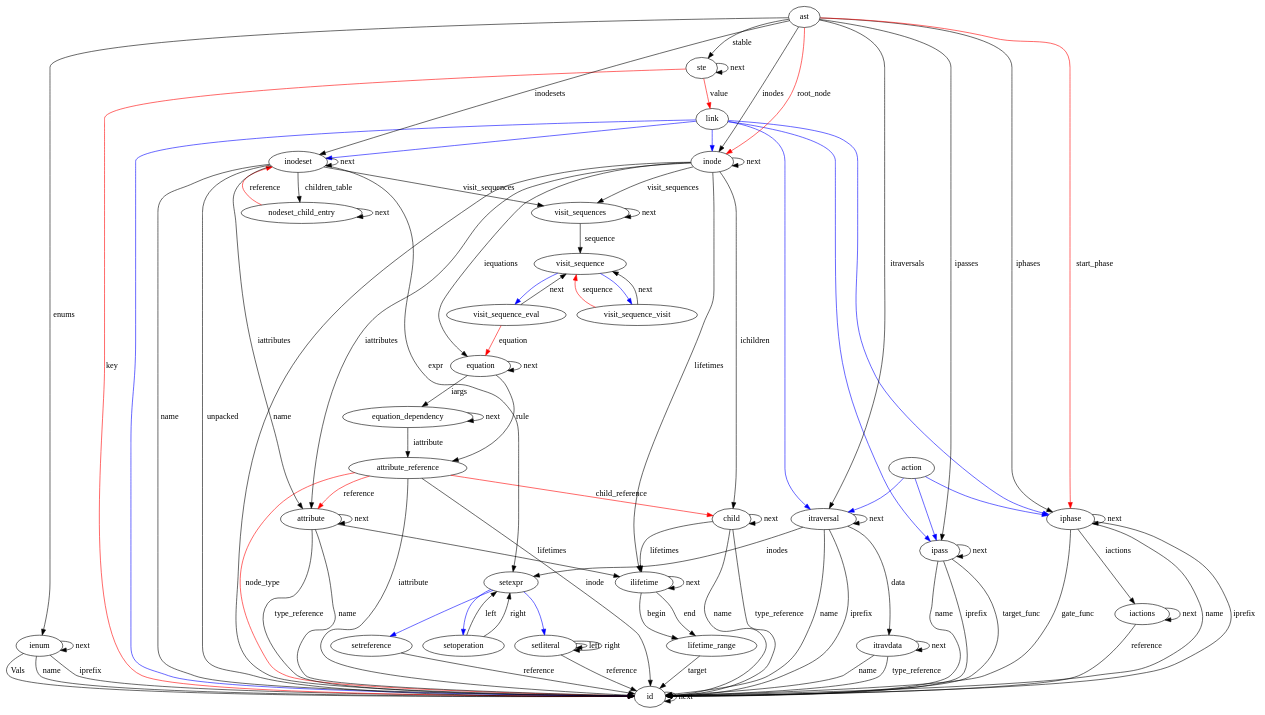
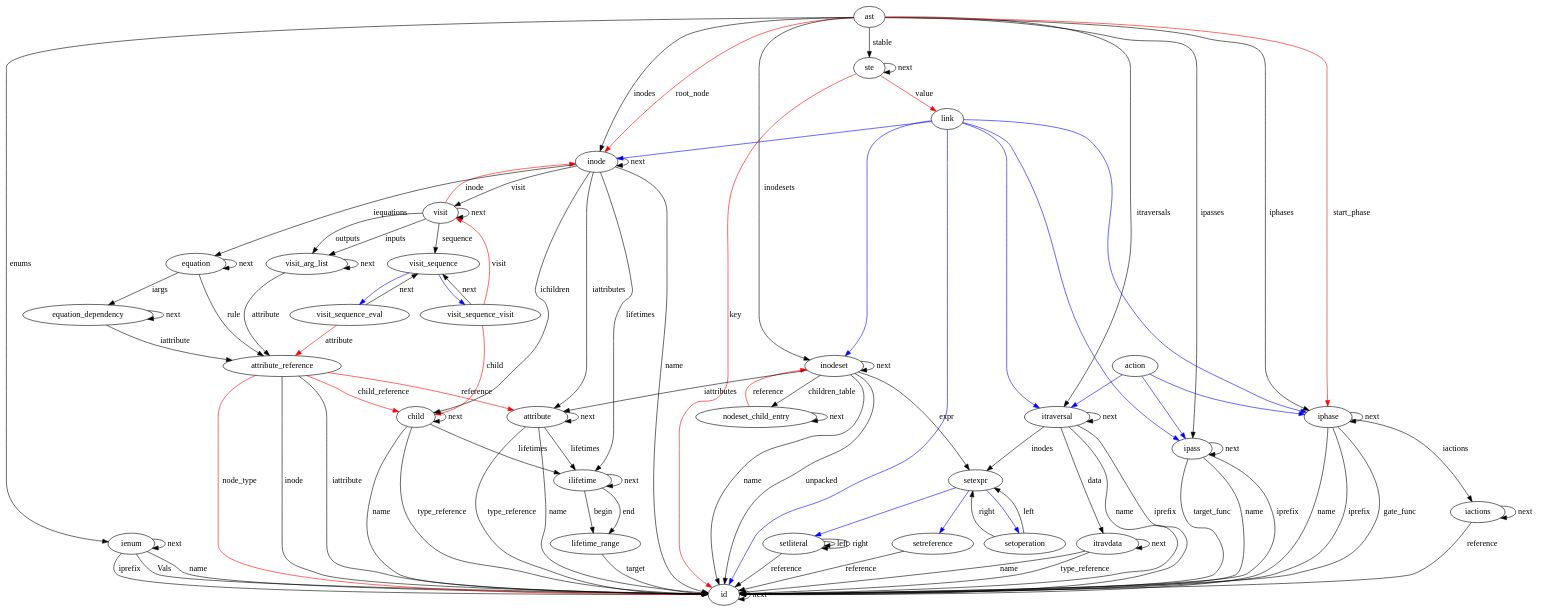
The diagram in cocogen/ccngen/ast.dot (CoCoNut-UvA/coconut), drawn with Graphviz before and after one commit. The commit also changed 29 other files, not shown here.

```diff
--- a/cocogen/ccngen/ast.dot
+++ b/cocogen/ccngen/ast.dot
@@ -1,131 +1,137 @@
 digraph Ast {
 id;
 id -> id[label="next"]
 ienum;
 ienum -> id[label="Vals"]
 ienum -> id[label="name"]
 ienum -> id[label="iprefix"]
 ienum -> ienum[label="next"]
 visit_sequence_visit;
 visit_sequence_visit -> visit_sequence[label="next"]
-visit_sequence_visit -> visit_sequence[color=red, label="sequence"]
+visit_sequence_visit -> child[color=red, label="child"]
+visit_sequence_visit -> visit[color=red, label="visit"]
 visit_sequence_eval;
 visit_sequence_eval -> visit_sequence[label="next"]
-visit_sequence_eval -> equation[color=red, label="equation"]
-visit_sequences;
-visit_sequences -> visit_sequence[label="sequence"]
-visit_sequences -> visit_sequences[label="next"]
+visit_sequence_eval -> attribute_reference[color=red, label="attribute"]
+visit;
+visit -> visit_sequence[label="sequence"]
+visit -> visit_arg_list[label="inputs"]
+visit -> visit_arg_list[label="outputs"]
+visit -> visit[label="next"]
+visit -> inode[color=red, label="inode"]
+visit_arg_list;
+visit_arg_list -> attribute_reference[label="attribute"]
+visit_arg_list -> visit_arg_list[label="next"]
 attribute_reference;
 attribute_reference -> id[label="inode"]
 attribute_reference -> id[label="iattribute"]
 attribute_reference -> id[color=red, label="node_type"]
 attribute_reference -> attribute[color=red, label="reference"]
 attribute_reference -> child[color=red, label="child_reference"]
 equation_dependency;
 equation_dependency -> attribute_reference[label="iattribute"]
 equation_dependency -> equation_dependency[label="next"]
 equation;
 equation -> attribute_reference[label="rule"]
 equation -> equation_dependency[label="iargs"]
 equation -> equation[label="next"]
 attribute;
 attribute -> id[label="name"]
 attribute -> id[label="type_reference"]
 attribute -> ilifetime[label="lifetimes"]
 attribute -> attribute[label="next"]
 itravdata;
 itravdata -> id[label="name"]
 itravdata -> id[label="type_reference"]
 itravdata -> itravdata[label="next"]
 setoperation;
 setoperation -> setexpr[label="left"]
 setoperation -> setexpr[label="right"]
 setliteral;
 setliteral -> id[label="reference"]
 setliteral -> setliteral[label="left"]
 setliteral -> setliteral[label="right"]
 setreference;
 setreference -> id[label="reference"]
 ste;
 ste -> ste[label="next"]
 ste -> id[color=red, label="key"]
 ste -> link[color=red, label="value"]
 child;
 child -> id[label="name"]
 child -> ilifetime[label="lifetimes"]
 child -> child[label="next"]
 child -> id[label="type_reference"]
 lifetime_range;
 lifetime_range -> id[label="target"]
 ilifetime;
 ilifetime -> lifetime_range[label="begin"]
 ilifetime -> lifetime_range[label="end"]
 ilifetime -> ilifetime[label="next"]
 nodeset_child_entry;
 nodeset_child_entry -> nodeset_child_entry[label="next"]
 nodeset_child_entry -> inodeset[color=red, label="reference"]
 inodeset;
 inodeset -> id[label="name"]
 inodeset -> setexpr[label="expr"]
 inodeset -> attribute[label="iattributes"]
 inodeset -> id[label="unpacked"]
 inodeset -> inodeset[label="next"]
 inodeset -> nodeset_child_entry[label="children_table"]
-inodeset -> visit_sequences[label="visit_sequences"]
 inode;
 inode -> id[label="name"]
 inode -> inode[label="next"]
 inode -> child[label="ichildren"]
 inode -> attribute[label="iattributes"]
 inode -> equation[label="iequations"]
 inode -> ilifetime[label="lifetimes"]
-inode -> visit_sequences[label="visit_sequences"]
+inode -> visit[label="visit"]
 ipass;
 ipass -> id[label="name"]
 ipass -> id[label="iprefix"]
 ipass -> id[label="target_func"]
 ipass -> ipass[label="next"]
 itraversal;
 itraversal -> id[label="name"]
 itraversal -> id[label="iprefix"]
 itraversal -> setexpr[label="inodes"]
 itraversal -> itravdata[label="data"]
 itraversal -> itraversal[label="next"]
 iphase;
 iphase -> id[label="name"]
 iphase -> id[label="iprefix"]
 iphase -> id[label="gate_func"]
 iphase -> iactions[label="iactions"]
 iphase -> iphase[label="next"]
 iactions;
 iactions -> id[label="reference"]
 iactions -> iactions[label="next"]
 ast;
 ast -> iphase[label="iphases"]
 ast -> itraversal[label="itraversals"]
 ast -> ipass[label="ipasses"]
 ast -> inode[label="inodes"]
 ast -> inodeset[label="inodesets"]
 ast -> ienum[label="enums"]
 ast -> ste[label="stable"]
 ast -> inode[color=red, label="root_node"]
 ast -> iphase[color=red, label="start_phase"]
 visit_sequence;
 visit_sequence -> visit_sequence_eval [color=blue]
 visit_sequence -> visit_sequence_visit [color=blue]
 setexpr;
 setexpr -> setoperation [color=blue]
 setexpr -> setreference [color=blue]
 setexpr -> setliteral [color=blue]
 link;
 link -> iphase [color=blue]
 link -> itraversal [color=blue]
 link -> ipass [color=blue]
 link -> inode [color=blue]
 link -> inodeset [color=blue]
 link -> id [color=blue]
 action;
 action -> iphase [color=blue]
 action -> itraversal [color=blue]
 action -> ipass [color=blue]
 }
```
